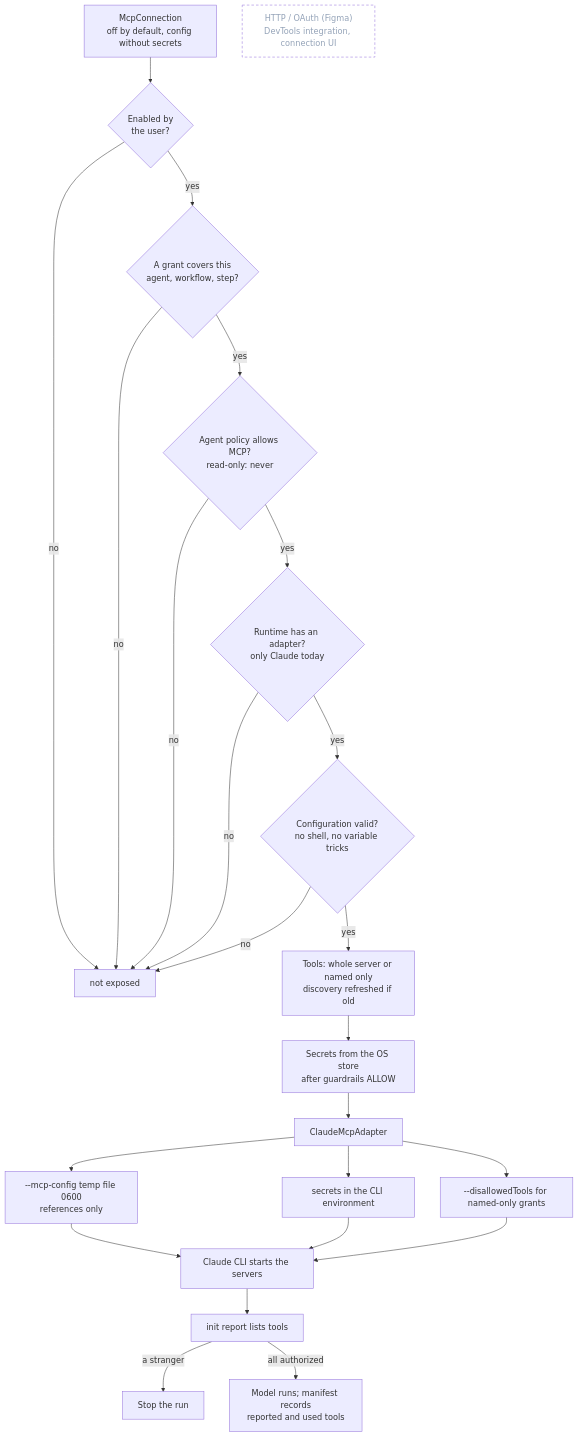
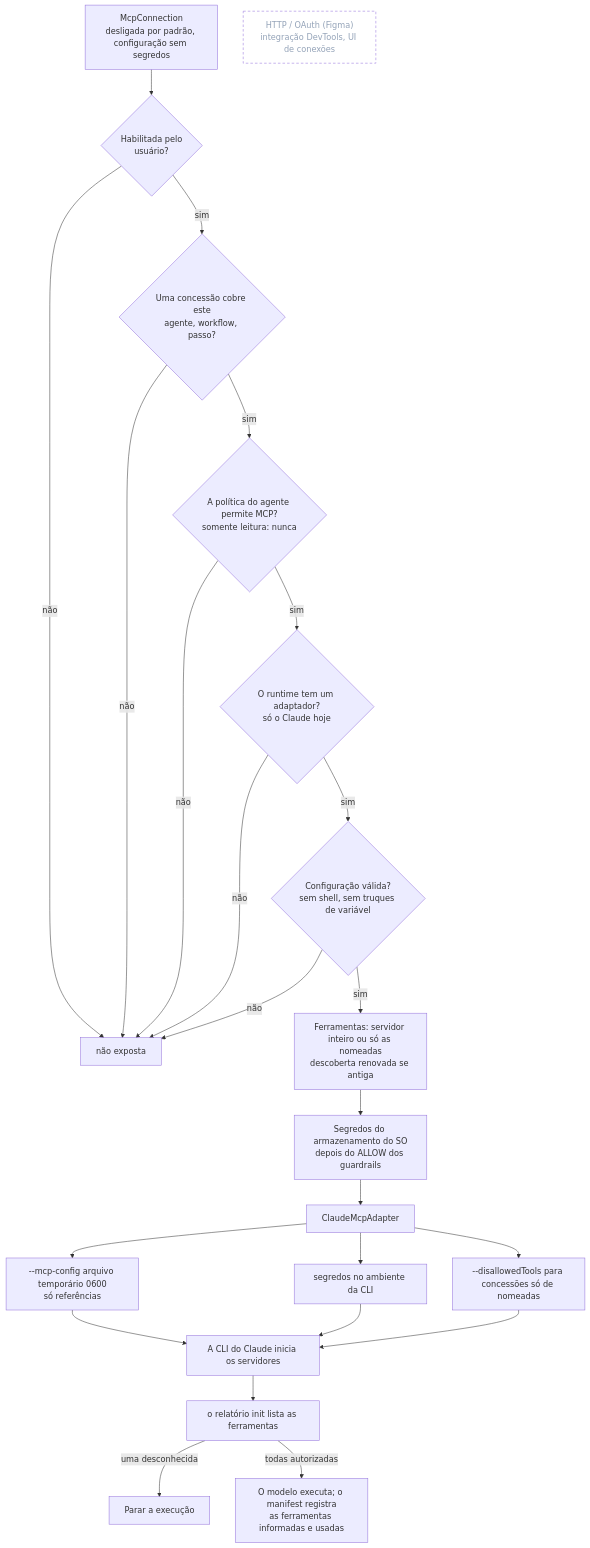
The fifth of 6 diagrams in docs/architecture/diagrams.md (LucasAlt40/project-atlas), drawn with Mermaid before and after one commit. The commit also changed other lines of this file and 38 other files, not shown here.

Commit message:
docs: translate architecture documentation to Portuguese

````diff
--- a/docs/architecture/diagrams.md
+++ b/docs/architecture/diagrams.md
@@ -148,28 +149,28 @@
 ```mermaid
 flowchart TD
-    Conn["McpConnection<br/>off by default, config without secrets"] --> En{"Enabled by<br/>the user?"}
-    En -->|"no"| Out1["not exposed"]
-    En -->|"yes"| Gr{"A grant covers this<br/>agent, workflow, step?"}
-    Gr -->|"no"| Out1
-    Gr -->|"yes"| Pol{"Agent policy allows MCP?<br/>read-only: never"}
-    Pol -->|"no"| Out1
-    Pol -->|"yes"| Sup{"Runtime has an adapter?<br/>only Claude today"}
-    Sup -->|"no"| Out1
-    Sup -->|"yes"| Val{"Configuration valid?<br/>no shell, no variable tricks"}
-    Val -->|"no"| Out1
-    Val -->|"yes"| Tl["Tools: whole server or named only<br/>discovery refreshed if old"]
-    Tl --> Sec["Secrets from the OS store<br/>after guardrails ALLOW"]
+    Conn["McpConnection<br/>desligada por padrão, configuração sem segredos"] --> En{"Habilitada pelo<br/>usuário?"}
+    En -->|"não"| Out1["não exposta"]
+    En -->|"sim"| Gr{"Uma concessão cobre este<br/>agente, workflow, passo?"}
+    Gr -->|"não"| Out1
+    Gr -->|"sim"| Pol{"A política do agente permite MCP?<br/>somente leitura: nunca"}
+    Pol -->|"não"| Out1
+    Pol -->|"sim"| Sup{"O runtime tem um adaptador?<br/>só o Claude hoje"}
+    Sup -->|"não"| Out1
+    Sup -->|"sim"| Val{"Configuração válida?<br/>sem shell, sem truques de variável"}
+    Val -->|"não"| Out1
+    Val -->|"sim"| Tl["Ferramentas: servidor inteiro ou só as nomeadas<br/>descoberta renovada se antiga"]
+    Tl --> Sec["Segredos do armazenamento do SO<br/>depois do ALLOW dos guardrails"]
     Sec --> Ad["ClaudeMcpAdapter"]
-    Ad --> Cfg["--mcp-config temp file 0600<br/>references only"]
-    Ad --> Env["secrets in the CLI environment"]
-    Ad --> Dis["--disallowedTools for named-only grants"]
-    Cfg --> CLI["Claude CLI starts the servers"]
+    Ad --> Cfg["--mcp-config arquivo temporário 0600<br/>só referências"]
+    Ad --> Env["segredos no ambiente da CLI"]
+    Ad --> Dis["--disallowedTools para concessões só de nomeadas"]
+    Cfg --> CLI["A CLI do Claude inicia os servidores"]
     Env --> CLI
     Dis --> CLI
-    CLI --> Rep["init report lists tools"]
-    Rep -->|"a stranger"| Stop["Stop the run"]
-    Rep -->|"all authorized"| Go["Model runs; manifest records<br/>reported and used tools"]
+    CLI --> Rep["o relatório init lista as ferramentas"]
+    Rep -->|"uma desconhecida"| Stop["Parar a execução"]
+    Rep -->|"todas autorizadas"| Go["O modelo executa; o manifest registra<br/>as ferramentas informadas e usadas"]
 
-    Http["HTTP / OAuth (Figma)<br/>DevTools integration, connection UI"]:::later
+    Http["HTTP / OAuth (Figma)<br/>integração DevTools, UI de conexões"]:::later
     classDef later stroke-dasharray: 5 4,fill:none,color:#94a3b8;
 ```
````
